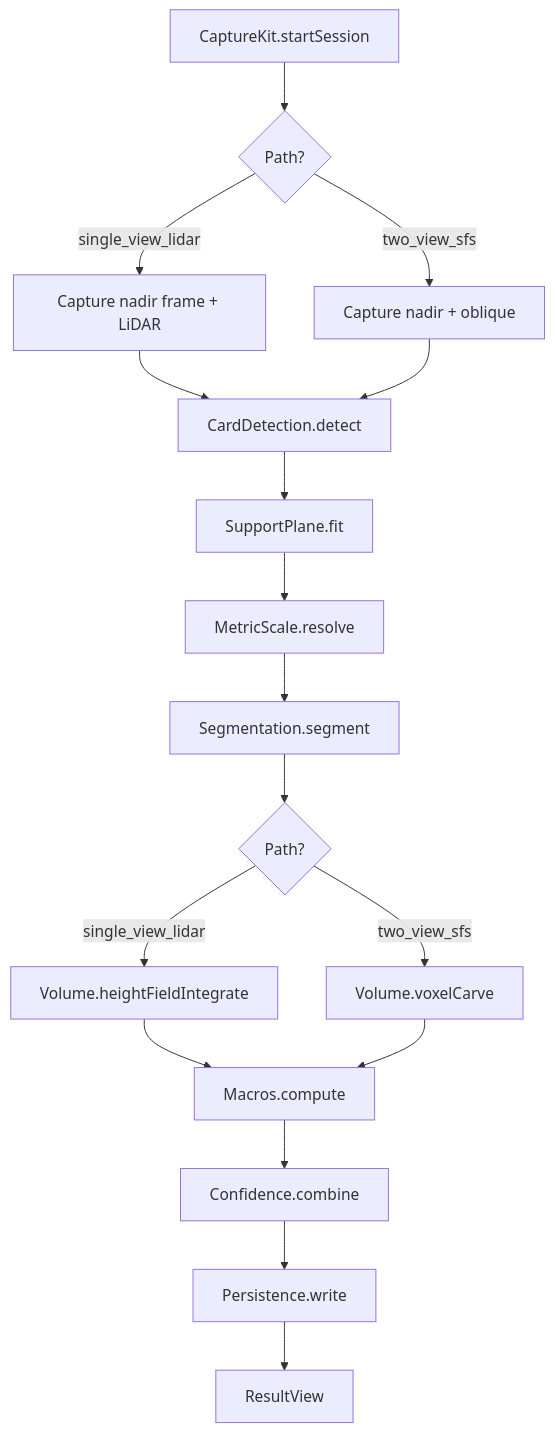
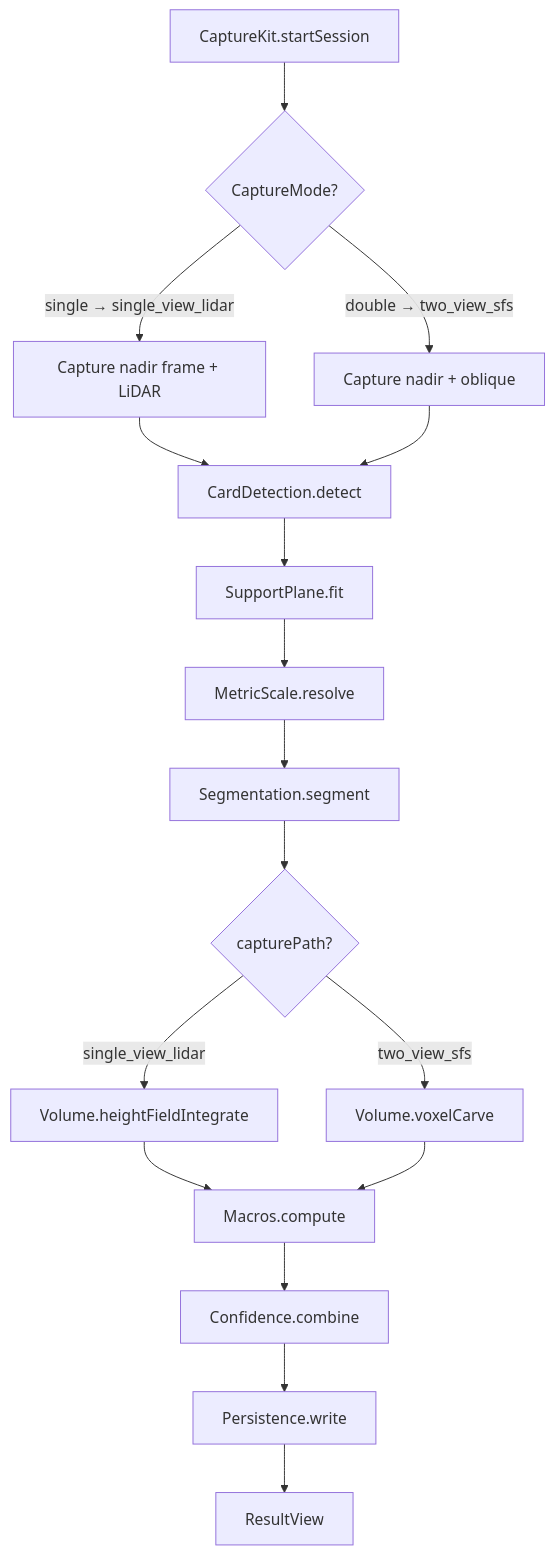
One commit to troobit/medata changed the diagram in specs/research/design.md. Above: the diagram before and after it, drawn with Mermaid. The commit also changed other lines of this file and 21 other files, not shown here.

````diff
--- a/specs/research/design.md
+++ b/specs/research/design.md
@@ -82,19 +82,19 @@
 ```mermaid
 flowchart TD
-    A[CaptureKit.startSession] --> B{Path?}
-    B -->|single_view_lidar| C1[Capture nadir frame + LiDAR]
-    B -->|two_view_sfs| C2[Capture nadir + oblique]
+    A[CaptureKit.startSession] --> B{CaptureMode?}
+    B -->|single → single_view_lidar| C1[Capture nadir frame + LiDAR]
+    B -->|double → two_view_sfs| C2[Capture nadir + oblique]
     C1 --> D[CardDetection.detect]
     C2 --> D
     D --> E[SupportPlane.fit]
     E --> F[MetricScale.resolve]
     F --> G[Segmentation.segment]
-    G --> H{Path?}
+    G --> H{capturePath?}
     H -->|single_view_lidar| I1[Volume.heightFieldIntegrate]
     H -->|two_view_sfs| I2[Volume.voxelCarve]
     I1 --> J[Macros.compute]
     I2 --> J
     J --> K[Confidence.combine]
     K --> L[Persistence.write]
     L --> M[ResultView]
 ```
````
